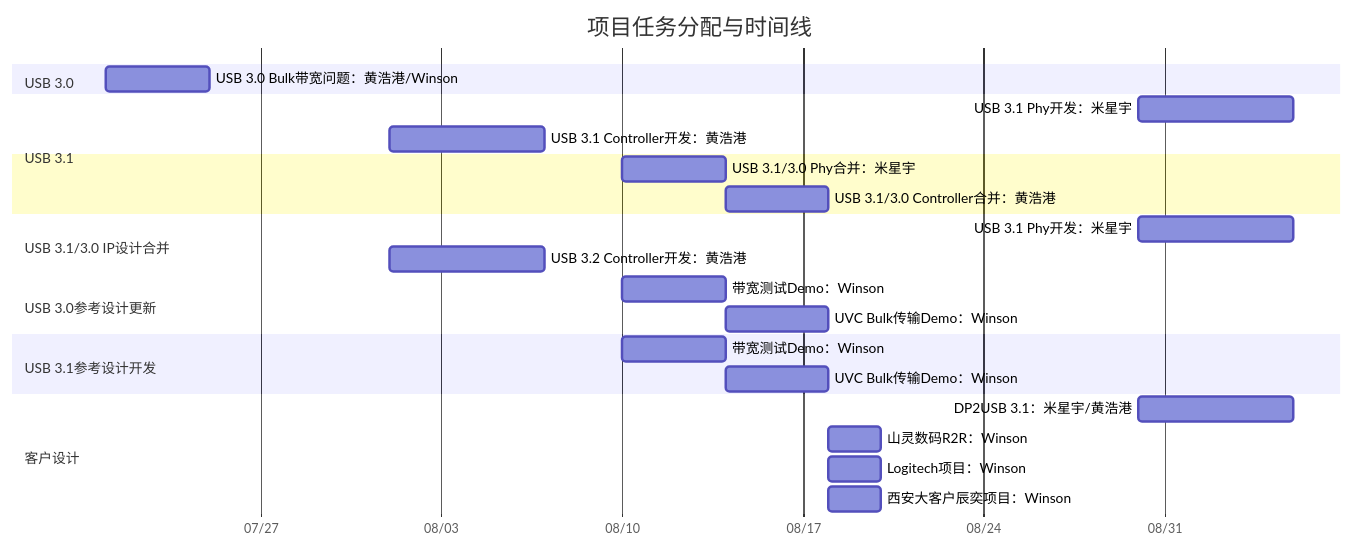
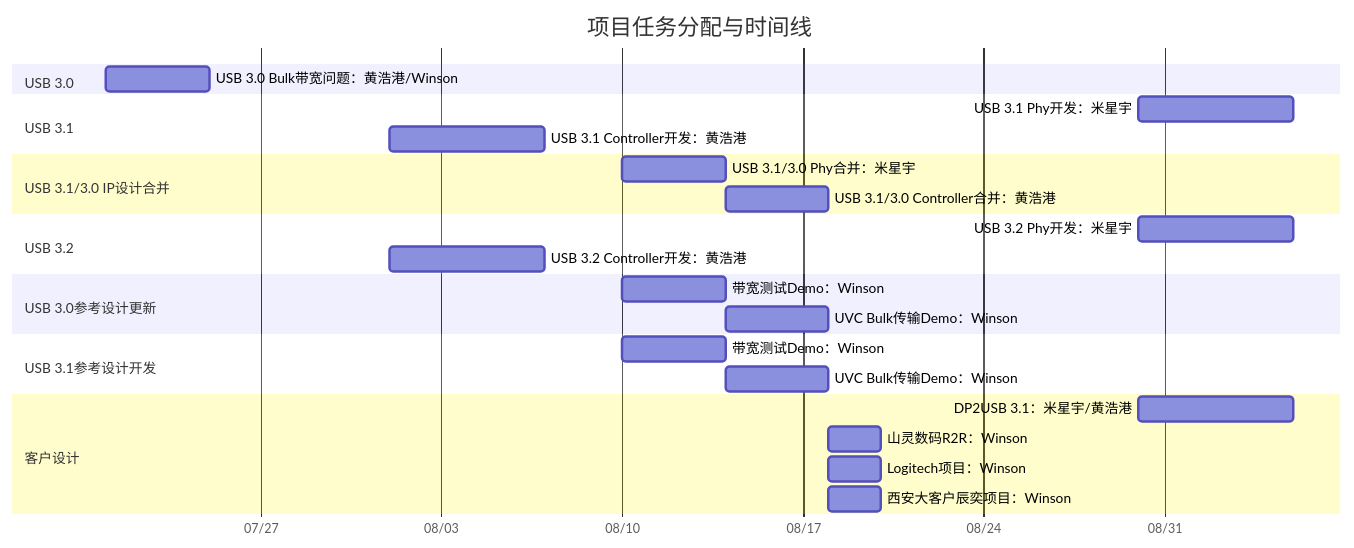
The diagram in all/未命名.md (winsonbook/iodraw-files), drawn with Mermaid before and after one commit.

Commit message:
2025-07-21 10:08:01 update

````diff
--- a/all/未命名.md
+++ b/all/未命名.md
@@ -1,35 +1,35 @@
 ```mermaid
 gantt
     title 项目任务分配与时间线
     dateFormat  YYYY-MM-DD
     axisFormat  %m/%d
 
     section USB 3.0
     USB 3.0 Bulk带宽问题：黄浩港/Winson   :    task1, 2025-07-21, 4d
 
     section USB 3.1
     USB 3.1 Phy开发：米星宇      :         task2, 2025-08-30, 6d
     USB 3.1 Controller开发：黄浩港      :  task3, 2025-08-01, 6d
 
     section USB 3.1/3.0 IP设计合并
     USB 3.1/3.0 Phy合并：米星宇       :    task4, 2025-08-10, 4d
     USB 3.1/3.0 Controller合并：黄浩港:    task5, 2025-08-14, 4d
 
-    section USB 3.1
-    USB 3.1 Phy开发：米星宇      :         task2, 2025-08-30, 6d
+    section USB 3.2
+    USB 3.2 Phy开发：米星宇      :         task2, 2025-08-30, 6d
     USB 3.2 Controller开发：黄浩港      :  task3, 2025-08-01, 6d
 
     section USB 3.0参考设计更新
     带宽测试Demo：Winson       :         task6, 2025-08-10, 4d
     UVC Bulk传输Demo：Winson   :        task7, 2025-08-14, 4d
 
     section USB 3.1参考设计开发
     带宽测试Demo：Winson       :         task8, 2025-08-10, 4d
     UVC Bulk传输Demo：Winson   :         task9, 2025-08-14, 4d
 
     section 客户设计
     DP2USB 3.1：米星宇/黄浩港      :task10, 2025-08-30, 6d
     山灵数码R2R：Winson :             task11, 2025-08-18, 2d
     Logitech项目：Winson :            task12, 2025-08-18, 2d
     西安大客户辰奕项目：Winson :       task13, 2025-08-18, 2d
 ```
````
